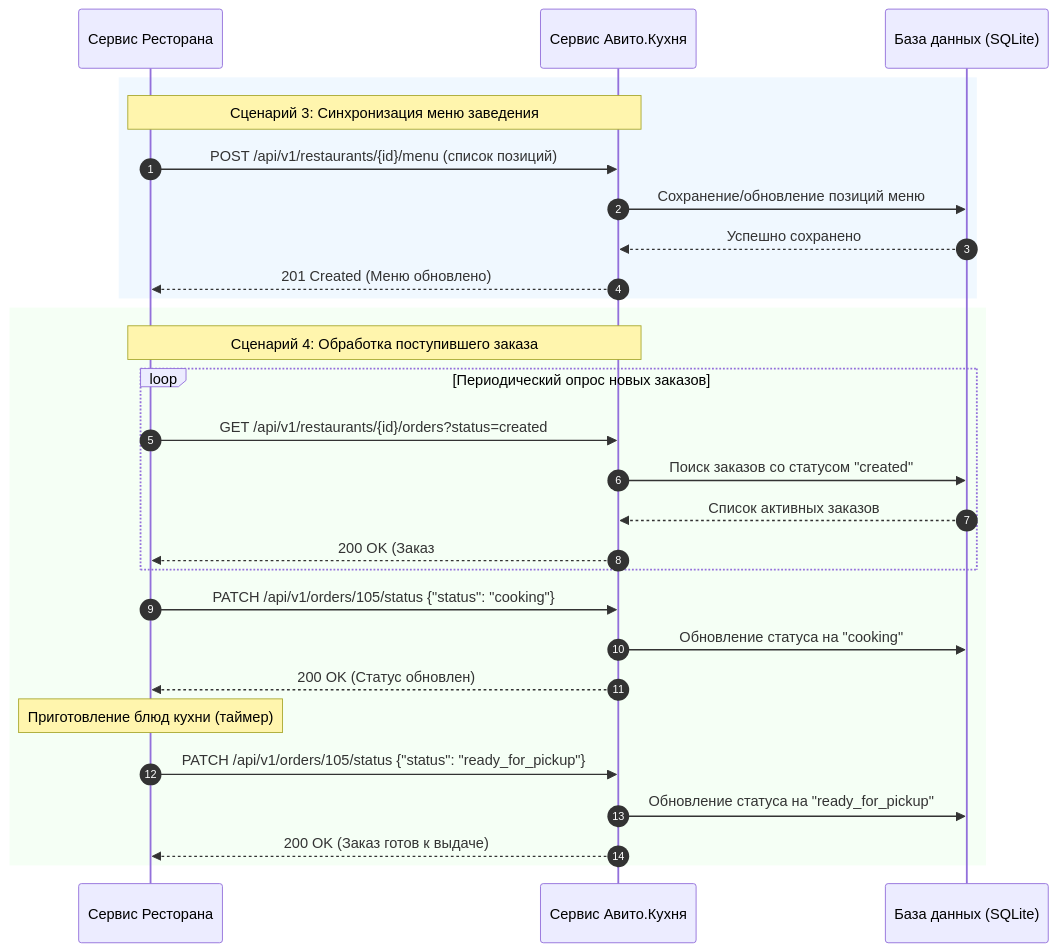
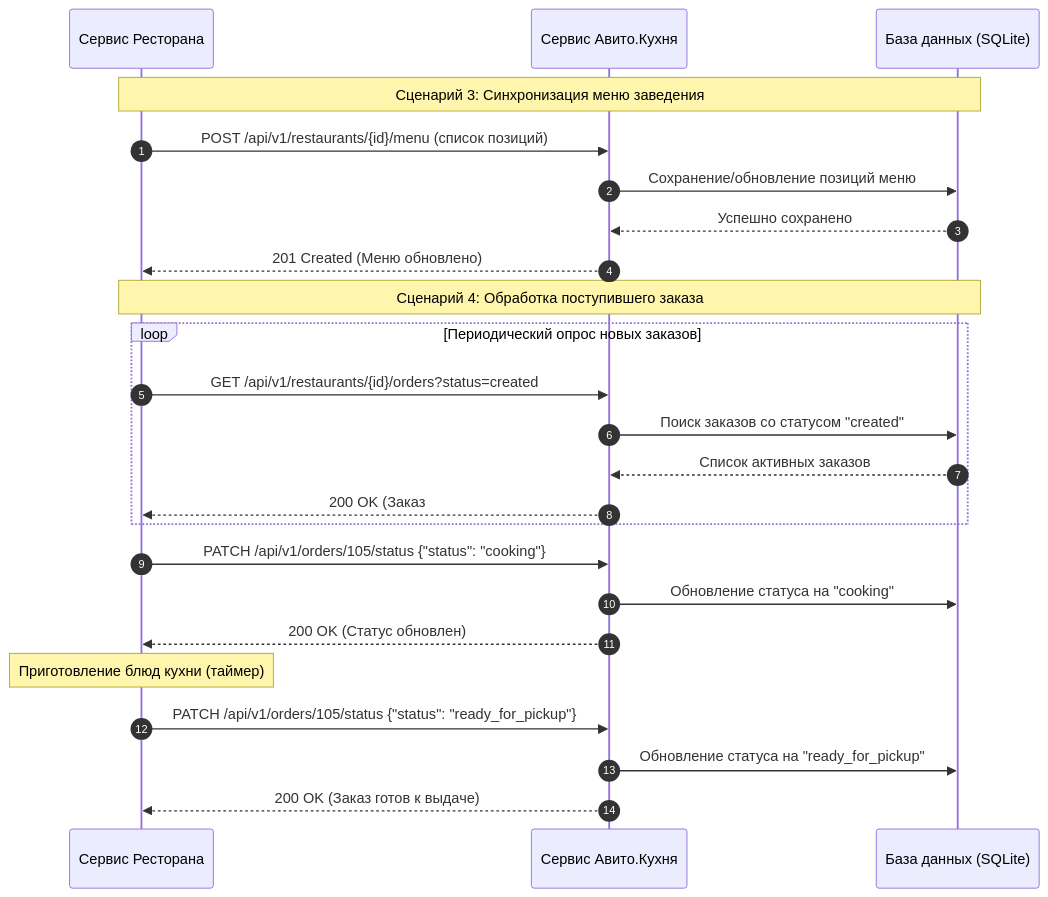
The second of 2 diagrams in docs/cjm.md (MOHOLOG/delivery-kitchen-api), drawn with Mermaid before and after one commit.

Commit message:
fix: replace rect blocks with dividers for dark theme contrast

````diff
--- a/docs/cjm.md
+++ b/docs/cjm.md
@@ -37,37 +37,31 @@
 ```mermaid
 sequenceDiagram
     autonumber
     participant Rest as Сервис Ресторана
     participant API as Сервис Авито.Кухня
     participant DB as База данных (SQLite)
 
-    %% Сценарий 3: Синхронизация меню
-    rect rgb(240, 248, 255)
-    note over Rest, API: Сценарий 3: Синхронизация меню заведения
+    Note over Rest, DB: Сценарий 3: Синхронизация меню заведения
     Rest->>API: POST /api/v1/restaurants/{id}/menu (список позиций)
     API->>DB: Сохранение/обновление позиций меню
     DB-->>API: Успешно сохранено
     API-->>Rest: 201 Created (Меню обновлено)
-    end
 
-    %% Сценарий 4: Обработка заказа (Happy Path)
-    rect rgb(245, 255, 245)
-    note over Rest, API: Сценарий 4: Обработка поступившего заказа
+    Note over Rest, DB: Сценарий 4: Обработка поступившего заказа
     loop Периодический опрос новых заказов
         Rest->>API: GET /api/v1/restaurants/{id}/orders?status=created
         API->>DB: Поиск заказов со статусом "created"
         DB-->>API: Список активных заказов
         API-->>Rest: 200 OK (Заказ #105)
     end
 
     Rest->>API: PATCH /api/v1/orders/105/status {"status": "cooking"}
     API->>DB: Обновление статуса на "cooking"
     API-->>Rest: 200 OK (Статус обновлен)
 
-    note over Rest: Приготовление блюд кухни (таймер)
+    Note over Rest: Приготовление блюд кухни (таймер)
 
     Rest->>API: PATCH /api/v1/orders/105/status {"status": "ready_for_pickup"}
     API->>DB: Обновление статуса на "ready_for_pickup"
     API-->>Rest: 200 OK (Заказ готов к выдаче)
-    end
 ```
````
